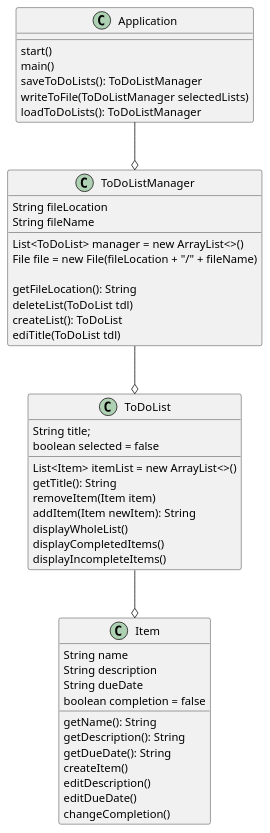
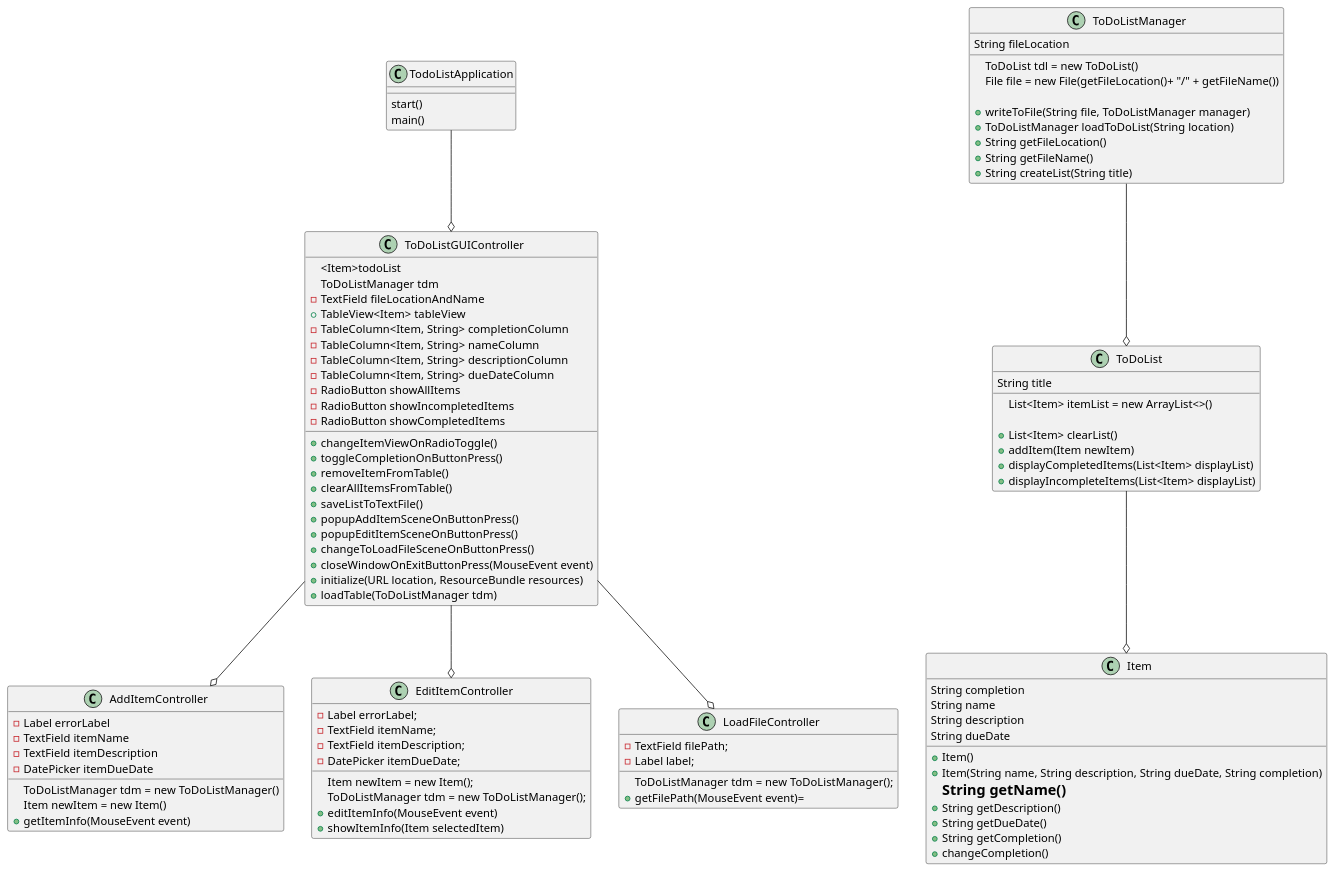
Before and after one commit to gmartin02/martin-app1-impl: the diagram in martin-app1-impl/docs/DeignUML.puml, drawn with PlantUML.

Commit message:
final UML diagram created

```diff
--- a/martin-app1-impl/docs/DeignUML.puml
+++ b/martin-app1-impl/docs/DeignUML.puml
@@ -1,55 +1,110 @@
 @startuml
-class Application {
+class TodoListApplication {
     start()
     main()
-    saveToDoLists(): ToDoListManager
-    writeToFile(ToDoListManager selectedLists)
-    loadToDoLists(): ToDoListManager
 }
 
 class ToDoListManager {
-    List<ToDoList> manager = new ArrayList<>()
+ToDoList tdl = new ToDoList()
     String fileLocation
-    String fileName
-    File file = new File(fileLocation + "/" + fileName)
+    File file = new File(getFileLocation()+ "/" + getFileName())
 
-    getFileLocation(): String
-    deleteList(ToDoList tdl)
-    createList(): ToDoList
-    ediTitle(ToDoList tdl)
+    +writeToFile(String file, ToDoListManager manager)
+    +ToDoListManager loadToDoList(String location)
+    +String getFileLocation()
+    +String getFileName()
+    +String createList(String title)
 }
 
 class ToDoList {
-String title;
+String title
     List<Item> itemList = new ArrayList<>()
-    boolean selected = false
 
-    getTitle(): String
-    removeItem(Item item)
-    addItem(Item newItem): String
-    displayWholeList()
-    displayCompletedItems()
-    displayIncompleteItems()
+    +List<Item> clearList()
+    +addItem(Item newItem)
+    +displayCompletedItems(List<Item> displayList)
+    +displayIncompleteItems(List<Item> displayList)
 }
 
 class Item {
-    String name
-    String description
-    String dueDate
-    boolean completion = false
+        String completion
+        String name
+        String description
+        String dueDate
 
-    getName(): String
-    getDescription(): String
-    getDueDate(): String
-    createItem()
-    editDescription()
-    editDueDate()
-    changeCompletion()
-
-
+        +Item()
+        +Item(String name, String description, String dueDate, String completion)
+        =String getName()
+        +String getDescription()
+        +String getDueDate()
+        +String getCompletion()
+        +changeCompletion()
 }
-Application --o ToDoListManager
+TodoListApplication --o ToDoListGUIController
 ToDoListManager --o ToDoList
 ToDoList --o Item
 
+class ToDoListGUIController {
+
+    <Item>todoList
+    ToDoListManager tdm
+    -TextField fileLocationAndName
+    +TableView<Item> tableView
+    -TableColumn<Item, String> completionColumn
+    -TableColumn<Item, String> nameColumn
+    -TableColumn<Item, String> descriptionColumn
+    -TableColumn<Item, String> dueDateColumn
+    -RadioButton showAllItems
+    -RadioButton showIncompletedItems
+    -RadioButton showCompletedItems
+
+    +changeItemViewOnRadioToggle()
+    +toggleCompletionOnButtonPress()
+    +removeItemFromTable()
+    +clearAllItemsFromTable()
+    +saveListToTextFile()
+    +popupAddItemSceneOnButtonPress()
+    +popupEditItemSceneOnButtonPress()
+    +changeToLoadFileSceneOnButtonPress()
+    +closeWindowOnExitButtonPress(MouseEvent event)
+    +initialize(URL location, ResourceBundle resources)
+    +loadTable(ToDoListManager tdm)
+}
+
+class AddItemController {
+    ToDoListManager tdm = new ToDoListManager()
+    Item newItem = new Item()
+    -Label errorLabel
+    -TextField itemName
+    -TextField itemDescription
+    -DatePicker itemDueDate
+
+    +getItemInfo(MouseEvent event)
+}
+
+class EditItemController {
+    Item newItem = new Item();
+    ToDoListManager tdm = new ToDoListManager();
+    -Label errorLabel;
+    -TextField itemName;
+    -TextField itemDescription;
+    -DatePicker itemDueDate;
+
+    +editItemInfo(MouseEvent event)
+    +showItemInfo(Item selectedItem)
+}
+
+class LoadFileController {
+    ToDoListManager tdm = new ToDoListManager();
+    -TextField filePath;
+    -Label label;
+
+    +getFilePath(MouseEvent event)=
+}
+
+ToDoListGUIController --o LoadFileController
+ToDoListGUIController --o AddItemController
+ToDoListGUIController --o EditItemController
+
+
 @enduml
```
